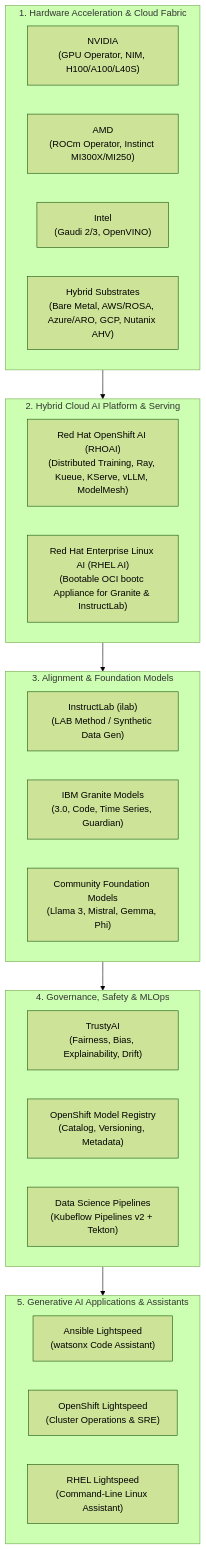
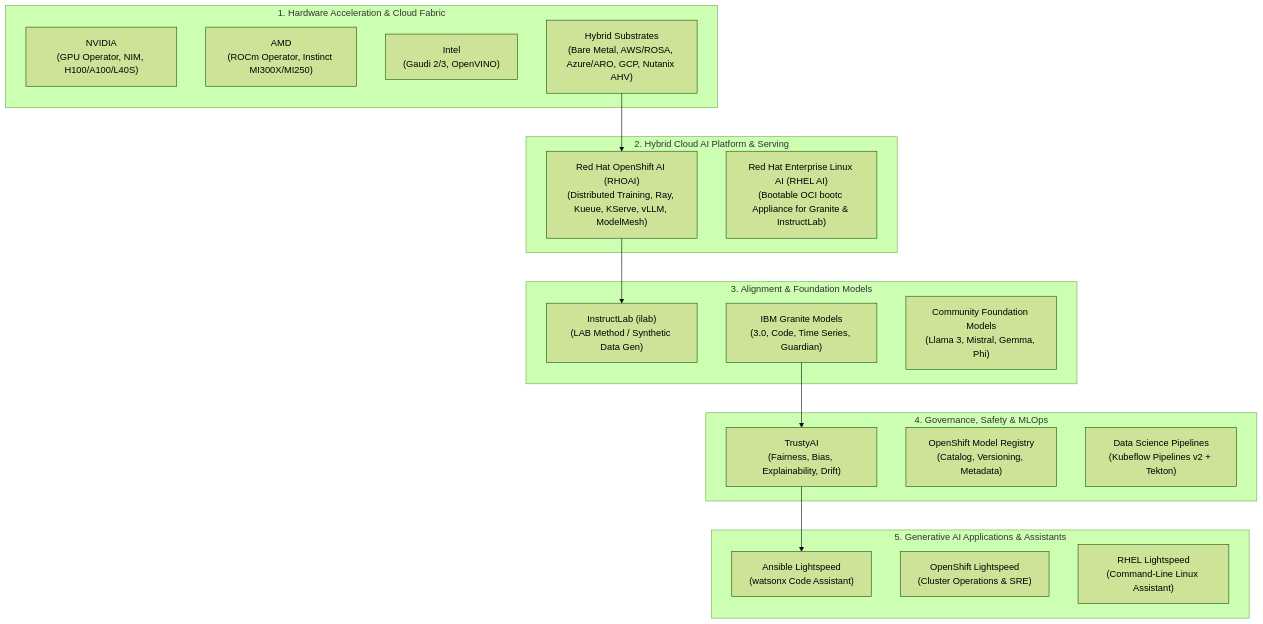
One commit to therealkevops/CAGY-v2.0.0 changed the first of 2 diagrams in knowledge/spaces/rh-ai/notes/01-red-hat-ai-portfolio-overview.md. Above: the diagram before and after it, drawn with Mermaid (forest theme). The commit also changed other lines of this file and 79 other files, not shown here.

Commit message:
fix(webui): harden mermaid error handling, fix workspace.js syntax, and correct diagram labels

````diff
--- a/knowledge/spaces/rh-ai/notes/01-red-hat-ai-portfolio-overview.md
+++ b/knowledge/spaces/rh-ai/notes/01-red-hat-ai-portfolio-overview.md
@@ -18,37 +18,37 @@
 ```mermaid
 flowchart TD
     subgraph Layer5["5. Generative AI Applications & Assistants"]
         AL["Ansible Lightspeed\n(watsonx Code Assistant)"]
         OSL["OpenShift Lightspeed\n(Cluster Operations & SRE)"]
         RHL["RHEL Lightspeed\n(Command-Line Linux Assistant)"]
     end
 
     subgraph Layer4["4. Governance, Safety & MLOps"]
         TY["TrustyAI\n(Fairness, Bias, Explainability, Drift)"]
         MR["OpenShift Model Registry\n(Catalog, Versioning, Metadata)"]
         DSP["Data Science Pipelines\n(Kubeflow Pipelines v2 + Tekton)"]
     end
 
     subgraph Layer3["3. Alignment & Foundation Models"]
         IL["InstructLab (ilab)\n(LAB Method / Synthetic Data Gen)"]
         GM["IBM Granite Models\n(3.0, Code, Time Series, Guardian)"]
         OFM["Community Foundation Models\n(Llama 3, Mistral, Gemma, Phi)"]
     end
 
     subgraph Layer2["2. Hybrid Cloud AI Platform & Serving"]
         RHOAI["Red Hat OpenShift AI (RHOAI)\n(Distributed Training, Ray, Kueue, KServe, vLLM, ModelMesh)"]
         RHELAI["Red Hat Enterprise Linux AI (RHEL AI)\n(Bootable OCI bootc Appliance for Granite & InstructLab)"]
     end
 
     subgraph Layer1["1. Hardware Acceleration & Cloud Fabric"]
         NV["NVIDIA\n(GPU Operator, NIM, H100/A100/L40S)"]
         AMD["AMD\n(ROCm Operator, Instinct MI300X/MI250)"]
         INT["Intel\n(Gaudi 2/3, OpenVINO)"]
         CLD["Hybrid Substrates\n(Bare Metal, AWS/ROSA, Azure/ARO, GCP, Nutanix AHV)"]
     end
 
-    Layer1 --> Layer2
-    Layer2 --> Layer3
-    Layer3 --> Layer4
-    Layer4 --> Layer5
+    CLD --> RHOAI
+    RHOAI --> IL
+    GM --> TY
+    TY --> AL
 ```
````
